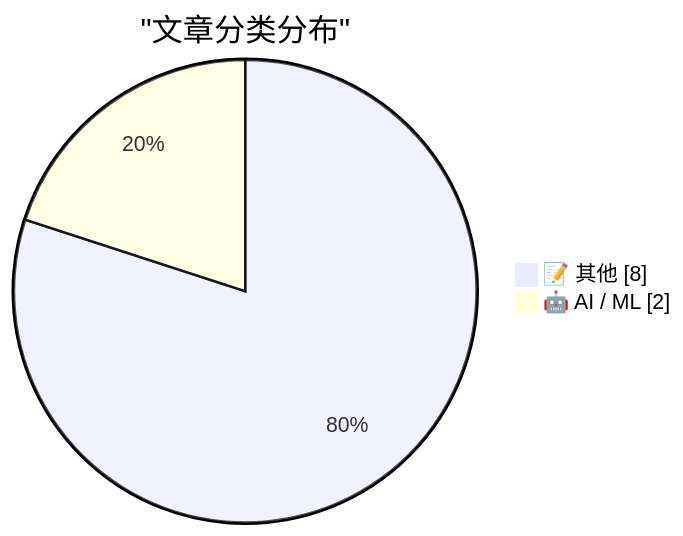
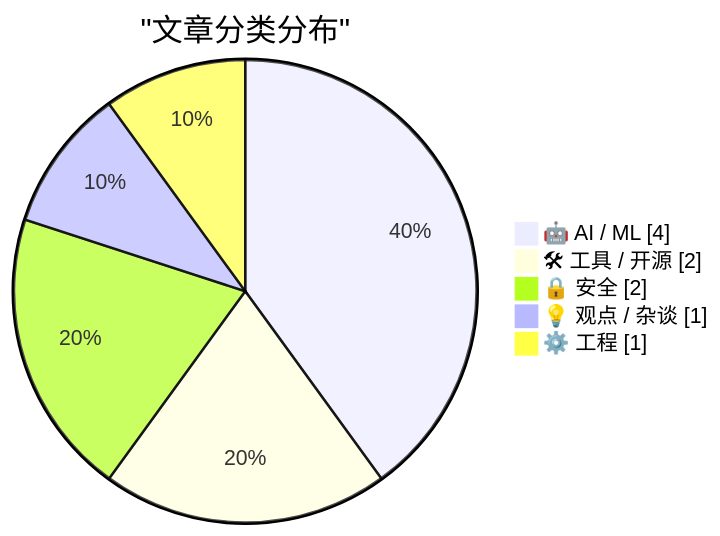
The first of 2 diagrams in content/ai-daily/2026-04-19.md (originem0/SZBlog), drawn with Mermaid before and after one commit. The commit also changed other lines of this file, not shown here.

````diff
--- a/content/ai-daily/2026-04-19.md
+++ b/content/ai-daily/2026-04-19.md
@@ -46,6 +60,9 @@
 ```mermaid
 pie showData
     title "文章分类分布"
-    "📝 其他" : 8
-    "🤖 AI / ML" : 2
+    "🤖 AI / ML" : 4
+    "🛠 工具 / 开源" : 2
+    "🔒 安全" : 2
+    "💡 观点 / 杂谈" : 1
+    "⚙️ 工程" : 1
 ```
````
